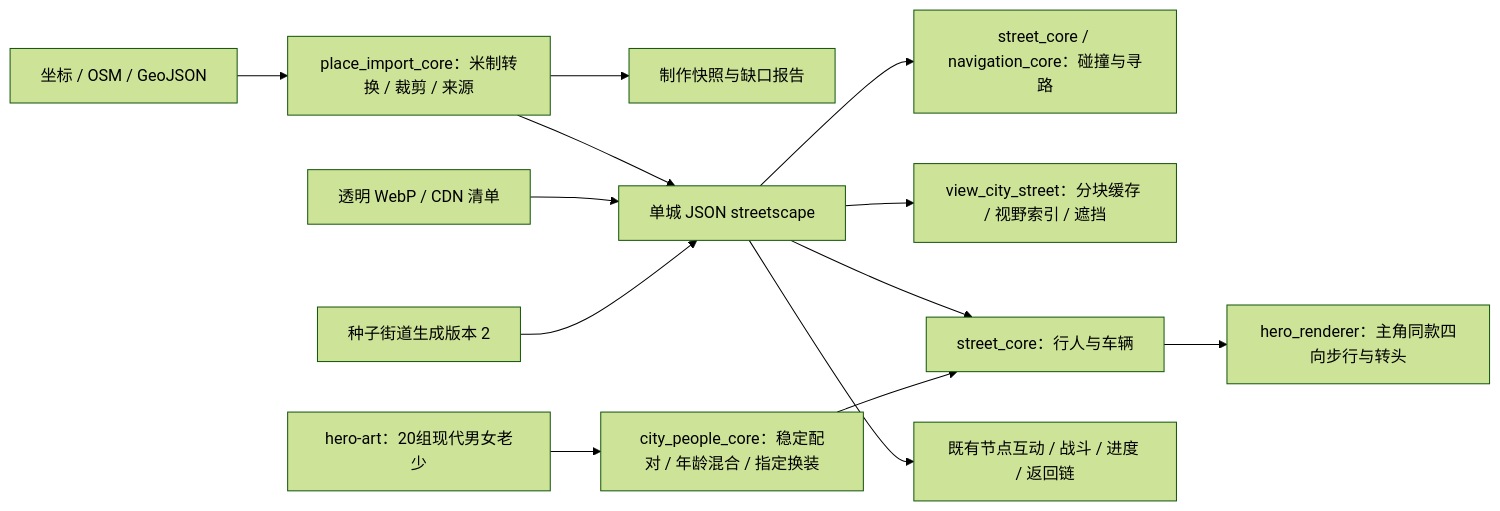
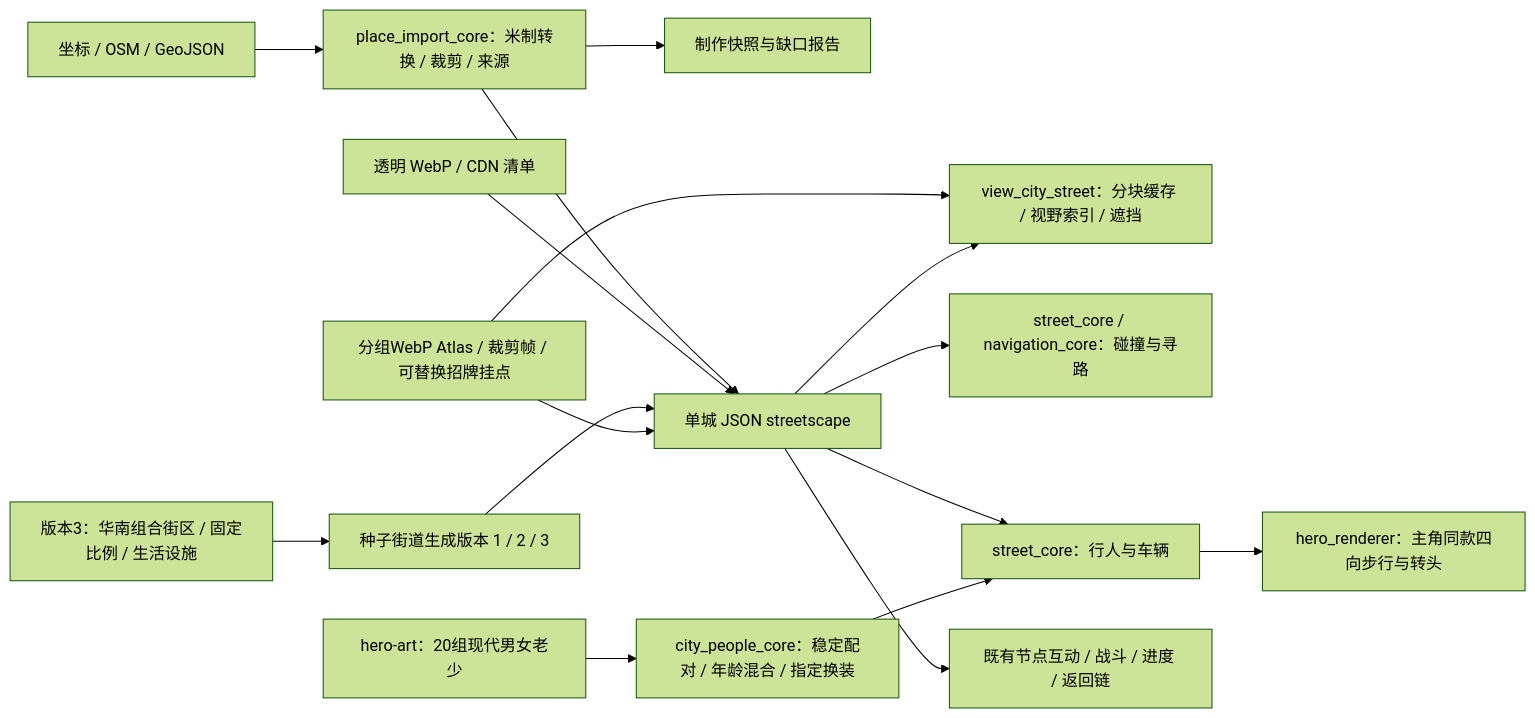
Before and after one commit to LiXizhi/HaqiWebTools: the second of 8 diagrams in HaqiCombatSim/docs/architecture.md, drawn with Mermaid (forest theme). The commit also changed other lines of this file and 182 other files, not shown here.

````diff
--- a/HaqiCombatSim/docs/architecture.md
+++ b/HaqiCombatSim/docs/architecture.md
@@ -68,15 +68,18 @@
 ```mermaid
 flowchart LR
     Source[坐标 / OSM / GeoJSON] --> Import[place_import_core：米制转换 / 裁剪 / 来源]
     Import --> Archive[制作快照与缺口报告]
     Import --> City[单城 JSON streetscape]
     Art[透明 WebP / CDN 清单] --> City
-    Generated[种子街道生成版本 2] --> City
+    Generated[种子街道生成版本 1 / 2 / 3] --> City
+    Living[版本3：华南组合街区 / 固定比例 / 生活设施] --> Generated
+    Atlas[分组WebP Atlas / 裁剪帧 / 可替换招牌挂点] --> Painter
+    Atlas --> City
     City --> Collision[street_core / navigation_core：碰撞与寻路]
     City --> Painter[view_city_street：分块缓存 / 视野索引 / 遮挡]
     City --> Motion[street_core：行人与车辆]
     HeroManifest[hero-art：20组现代男女老少] --> People[city_people_core：稳定配对 / 年龄混合 / 指定换装]
     People --> Motion
     Motion --> HeroDraw[hero_renderer：主角同款四向步行与转头]
     City --> Existing[既有节点互动 / 战斗 / 进度 / 返回链]
 ```
````
